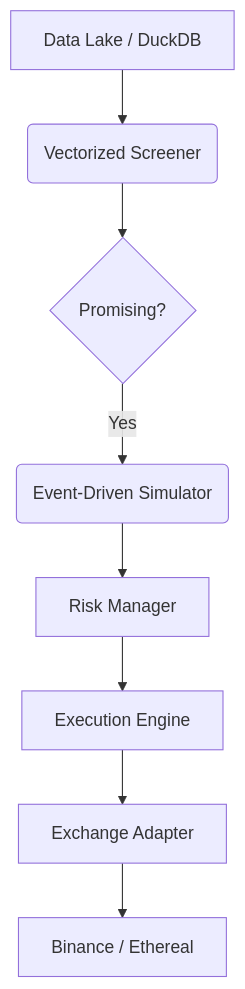
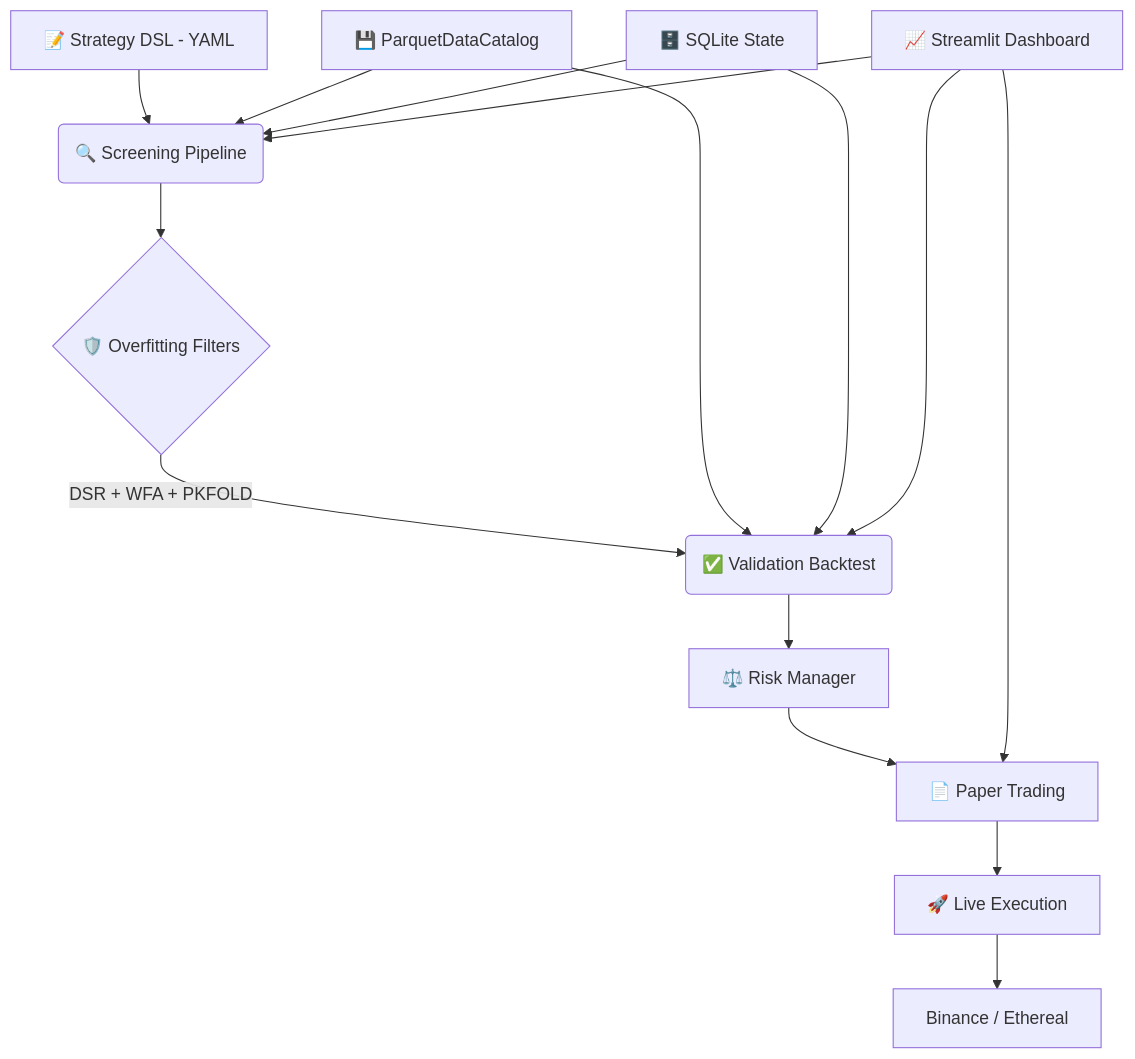
The diagram in README.md (verebelyin/vibe-quant), drawn with Mermaid before and after one commit. The commit also changed other lines of this file, not shown here.

First line of the commit message:
📝 Rewrite README to match SPEC.md architecture

````diff
--- a/README.md
+++ b/README.md
@@ -79,10 +98,18 @@
 ```mermaid
 graph TD
-    A[Data Lake / DuckDB] --> B(Vectorized Screener)
-    B --> C{Promising?}
-    C -- Yes --> D(Event-Driven Simulator)
-    D --> E[Risk Manager]
-    E --> F[Execution Engine]
-    F --> G[Exchange Adapter]
+    A[📝 Strategy DSL - YAML] --> B(🔍 Screening Pipeline)
+    B --> C{🛡️ Overfitting Filters}
+    C -- DSR + WFA + PKFOLD --> D(✅ Validation Backtest)
+    D --> E[⚖️ Risk Manager]
+    E --> F[📄 Paper Trading]
+    F --> G[🚀 Live Execution]
     G --> H[Binance / Ethereal]
+
+    I[💾 ParquetDataCatalog] --> B
+    I --> D
+    J[🗄️ SQLite State] --> B
+    J --> D
+    K[📈 Streamlit Dashboard] --> B
+    K --> D
+    K --> F
 ```
````
